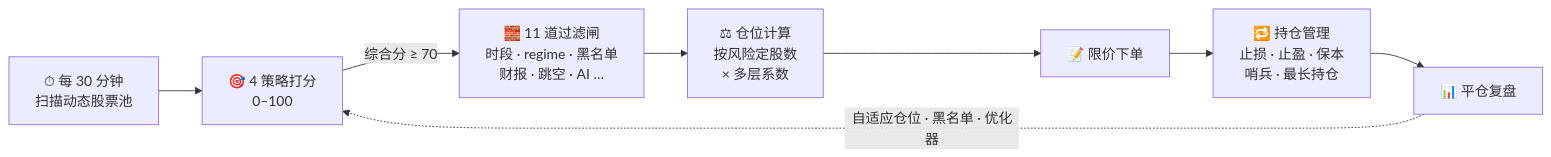
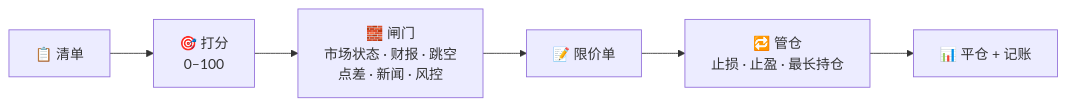
Before and after one commit to ethan6945/MooTrader: the diagram in README.zh-CN.md, drawn with Mermaid. The commit also changed other lines of this file and 16 other files, not shown here.

````diff
--- a/README.zh-CN.md
+++ b/README.zh-CN.md
@@ -318,10 +34,8 @@
 ```mermaid
 flowchart LR
-    A["⏱ 每 30 分钟<br/>扫描动态股票池"] --> B["🎯 4 策略打分<br/>0–100"]
-    B -->|"综合分 ≥ 70"| C["🧱 11 道过滤闸<br/>时段 · regime · 黑名单<br/>财报 · 跳空 · AI …"]
-    C --> D["⚖ 仓位计算<br/>按风险定股数<br/>× 多层系数"]
-    D --> E["📝 限价下单"]
-    E --> F["🔁 持仓管理<br/>止损 · 止盈 · 保本<br/>哨兵 · 最长持仓"]
-    F --> G["📊 平仓复盘"]
-    G -.->|"自适应仓位 · 黑名单 · 优化器"| B
+    A["📋 清单"] --> B["🎯 打分<br/>0–100"]
+    B --> C["🧱 闸门<br/>市场状态 · 财报 · 跳空<br/>点差 · 新闻 · 风控"]
+    C --> D["📝 限价单"]
+    D --> E["🔁 管仓<br/>止损 · 止盈 · 最长持仓"]
+    E --> F["📊 平仓 + 记账"]
 ```
````
